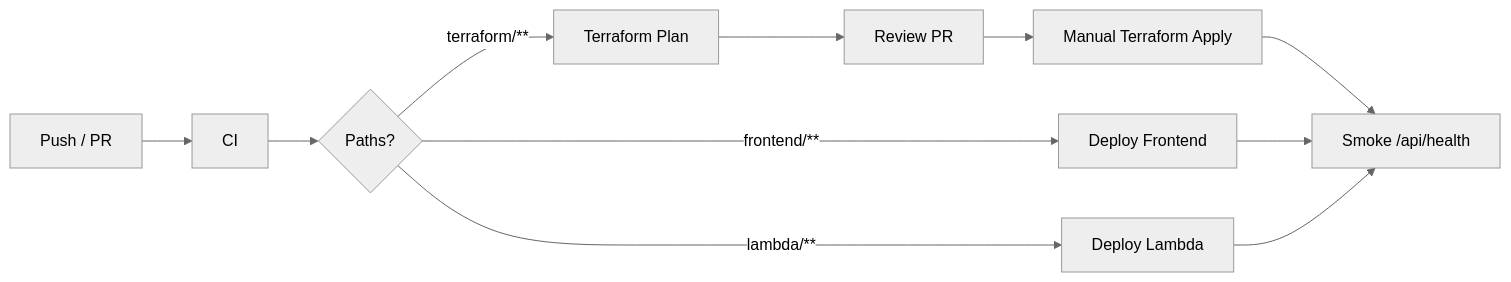
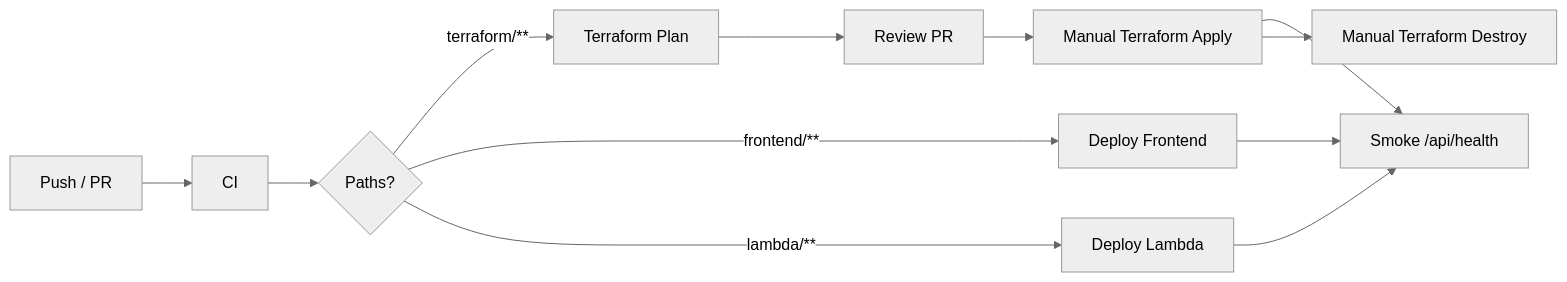
Before and after one commit to ismaelyasindev/Uk_Broadband_Checker_S3_static_app: the diagram in README.md, drawn with Mermaid (neutral theme). The commit also changed other lines of this file and 1 other file, not shown here.

Commit message:
Document teardown and add Terraform Destroy workflow proof.

````diff
--- a/README.md
+++ b/README.md
@@ -168,13 +174,14 @@
 ```mermaid
 flowchart LR
   A[Push / PR] --> B[CI]
   B --> C{Paths?}
   C -->|terraform/**| D[Terraform Plan]
   C -->|frontend/**| E[Deploy Frontend]
   C -->|lambda/**| F[Deploy Lambda]
   D --> G[Review PR]
   G --> H[Manual Terraform Apply]
   H --> I[Smoke /api/health]
   E --> I
   F --> I
+  H --> J[Manual Terraform Destroy]
 ```
````
